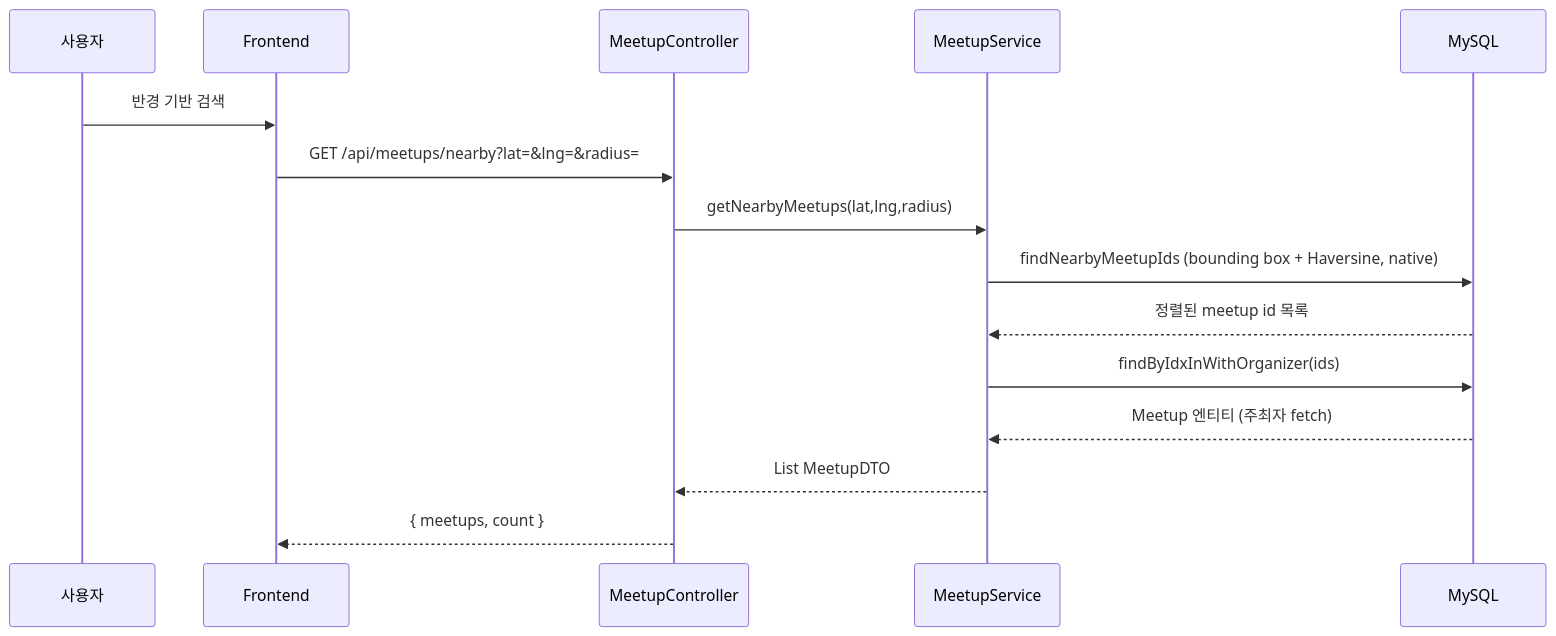
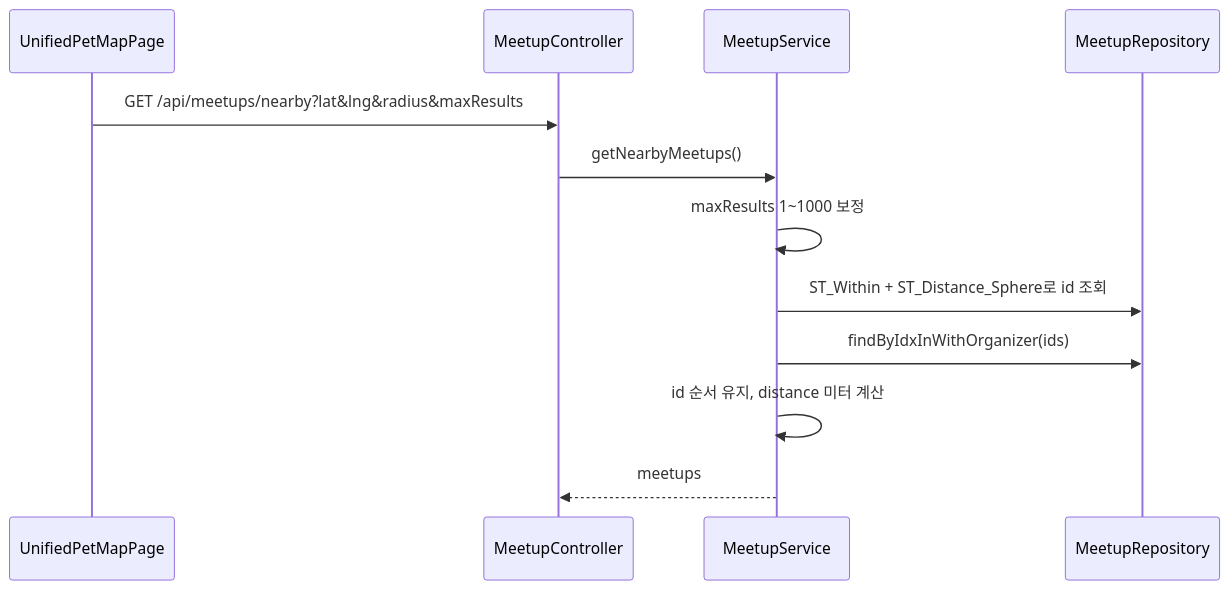
Before and after one commit to makkong1/Petory: the fifth of 6 diagrams in docs/architecture/meetup/산책 & 오프라인 모임 아키텍처.md, drawn with Mermaid. The commit also changed other lines of this file and 44 other files, not shown here.

````diff
--- a/docs/architecture/meetup/산책 & 오프라인 모임 아키텍처.md
+++ b/docs/architecture/meetup/산책 & 오프라인 모임 아키텍처.md
@@ -329,18 +217,15 @@
 ```mermaid
 sequenceDiagram
-    participant User as 사용자
-    participant Frontend
-    participant MeetupController
-    participant MeetupService
-    participant MySQL
-    
-    User->>Frontend: 반경 기반 검색
-    Frontend->>MeetupController: GET /api/meetups/nearby?lat=&lng=&radius=
-    MeetupController->>MeetupService: getNearbyMeetups(lat,lng,radius)
-    MeetupService->>MySQL: findNearbyMeetupIds (bounding box + Haversine, native)
-    MySQL-->>MeetupService: 정렬된 meetup id 목록
-    MeetupService->>MySQL: findByIdxInWithOrganizer(ids)
-    MySQL-->>MeetupService: Meetup 엔티티 (주최자 fetch)
-    MeetupService-->>MeetupController: List MeetupDTO
-    MeetupController-->>Frontend: { meetups, count }
+    participant FE as UnifiedPetMapPage
+    participant API as MeetupController
+    participant S as MeetupService
+    participant R as MeetupRepository
+
+    FE->>API: GET /api/meetups/nearby?lat&lng&radius&maxResults
+    API->>S: getNearbyMeetups()
+    S->>S: maxResults 1~1000 보정
+    S->>R: ST_Within + ST_Distance_Sphere로 id 조회
+    S->>R: findByIdxInWithOrganizer(ids)
+    S->>S: id 순서 유지, distance 미터 계산
+    S-->>API: meetups
 ```
````
